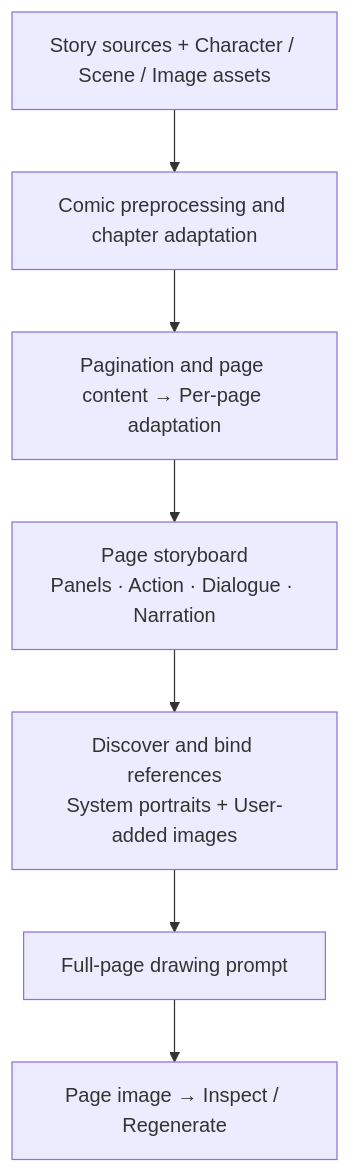
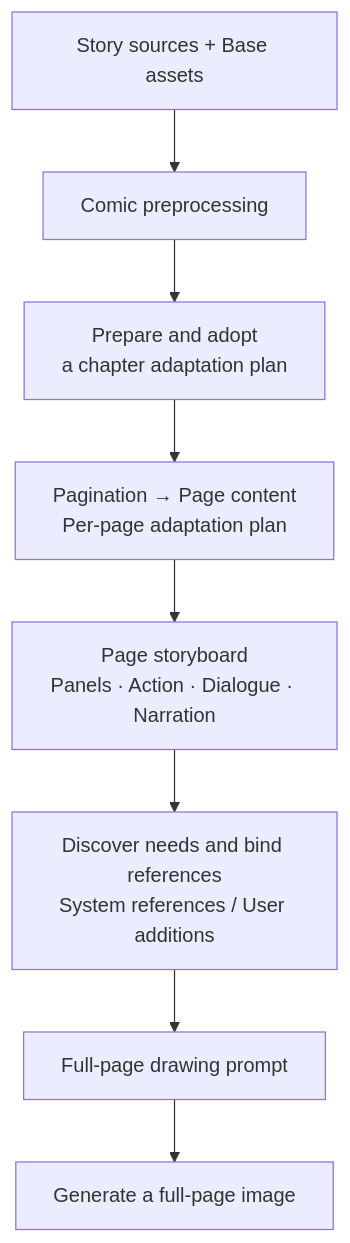
The seventh of 18 diagrams in README.en.md (GTJasonMK/A4N), drawn with Mermaid before and after one commit. The commit also changed other lines of this file and 2 other files, not shown here.

First line of the commit message:
docs: fix README diagram flows and mobile readability

````diff
--- a/README.en.md
+++ b/README.en.md
@@ -124,11 +130,12 @@
 ```mermaid
 flowchart TB
   accTitle: Comic production from story sources to page images
-  accDescr: Sources and assets pass through preprocessing, adaptation, page planning, storyboarding, reference binding, drawing prompts and page generation. Intermediate artifacts remain inspectable and editable.
-  source["Story sources + Character / Scene / Image assets"] --> prepare["Comic preprocessing and chapter adaptation"]
-  prepare --> pages["Pagination and page content → Per-page adaptation"]
+  accDescr: Sources and assets pass through preprocessing and an adopted chapter adaptation plan, then pagination, page content and per-page adaptation, followed by storyboarding, reference discovery, prompts and full-page generation.
+  source["Story sources + Base assets"] --> prepare["Comic preprocessing"]
+  prepare --> adaptation["Prepare and adopt<br/>a chapter adaptation plan"]
+  adaptation --> pages["Pagination → Page content<br/>Per-page adaptation plan"]
   pages --> storyboard["Page storyboard<br/>Panels · Action · Dialogue · Narration"]
-  storyboard --> references["Discover and bind references<br/>System portraits + User-added images"]
+  storyboard --> references["Discover needs and bind references<br/>System references / User additions"]
   references --> prompt["Full-page drawing prompt"]
-  prompt --> image["Page image → Inspect / Regenerate"]
+  prompt --> image["Generate a full-page image"]
 ```
````
